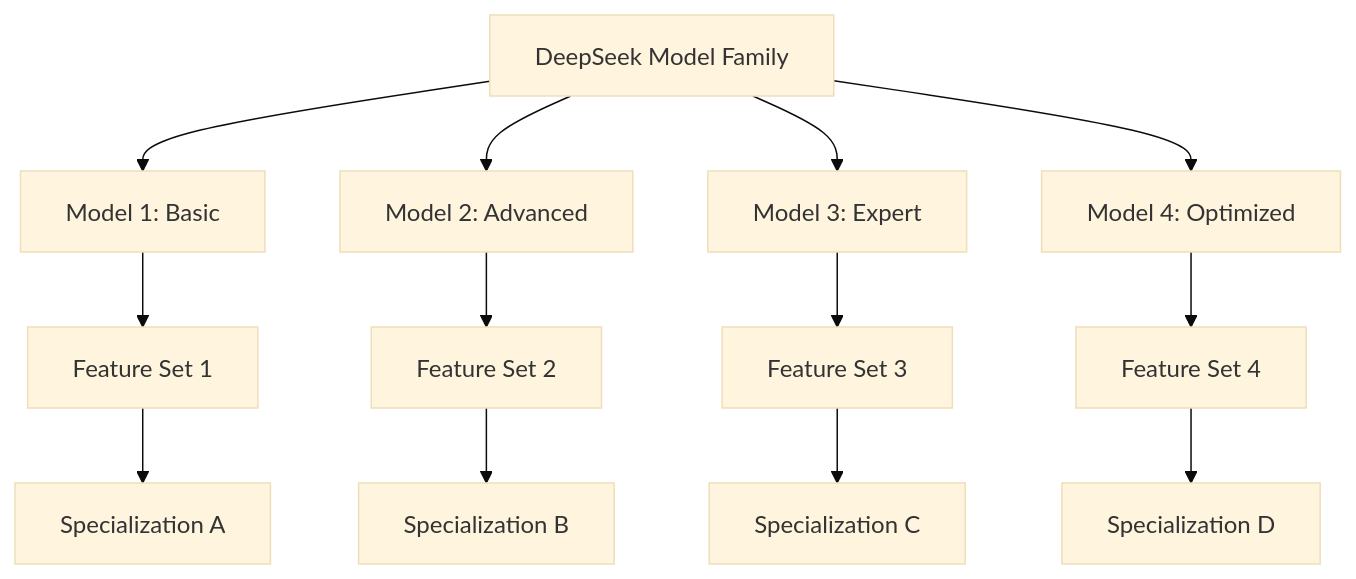
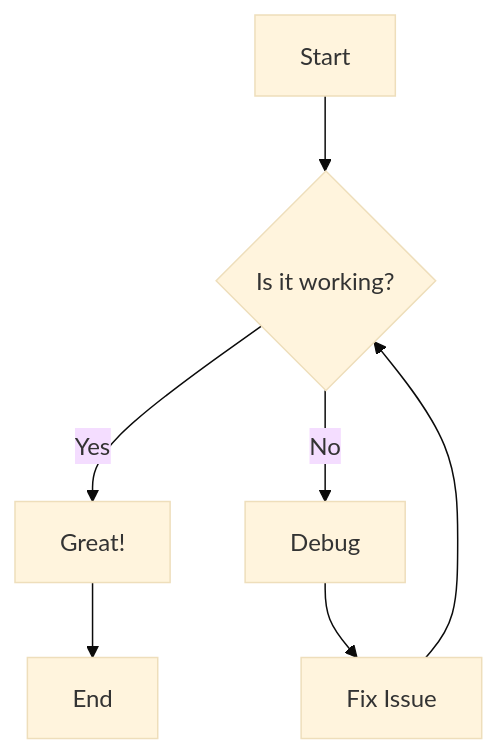
Before and after one commit to doosik71/tinymdserv: the first of 3 diagrams in docs/index.md, drawn with Mermaid (base theme). The commit also changed other lines of this file and 11 other files, not shown here.

````diff
--- a/docs/index.md
+++ b/docs/index.md
@@ -121,15 +386,9 @@
 ```mermaid
 graph TD
-    A[DeepSeek Model Family] --> B[Model 1: Basic]
-    A --> C[Model 2: Advanced]
-    A --> D[Model 3: Expert]
-    A --> E[Model 4: Optimized]
-    B --> F[Feature Set 1]
-    C --> G[Feature Set 2]
-    D --> H[Feature Set 3]
-    E --> I[Feature Set 4]
-    F --> J[Specialization A]
-    G --> K[Specialization B]
-    H --> L[Specialization C]
-    I --> M[Specialization D]
+    A[Start] --> B{Is it working?}
+    B -->|Yes| C[Great!]
+    B -->|No| D[Debug]
+    D --> E[Fix Issue]
+    E --> B
+    C --> F[End]
 ```
````
